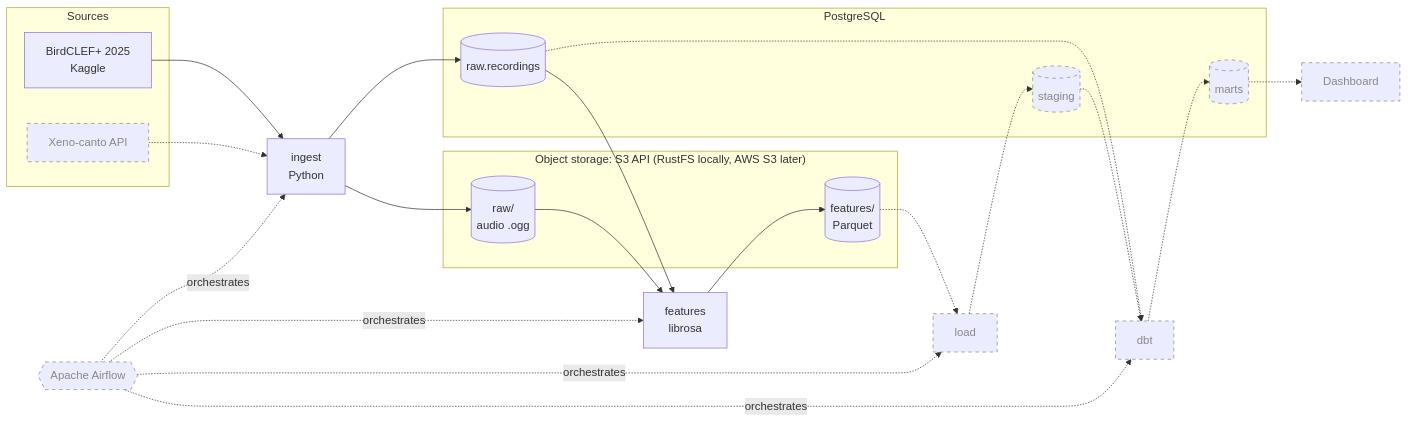
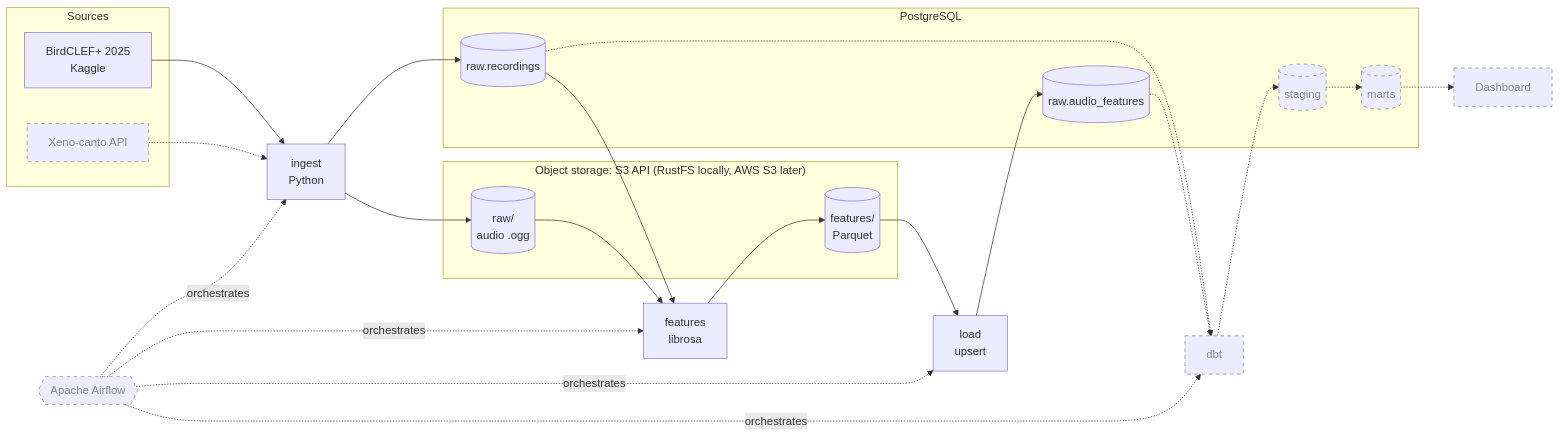
The diagram in README.md (Dres3223/soundscape-data-pipeline), drawn with Mermaid before and after one commit. The commit also changed other lines of this file and 4 other files, not shown here.

First line of the commit message:
feat(load): upsert audio features from Parquet into Postgres

````diff
--- a/README.md
+++ b/README.md
@@ -9,38 +9,39 @@
 ```mermaid
 flowchart LR
     subgraph sources["Sources"]
         kaggle["BirdCLEF+ 2025<br/>Kaggle"]
         xenocanto["Xeno-canto API"]:::planned
     end
 
     subgraph s3["Object storage: S3 API (RustFS locally, AWS S3 later)"]
         raw[("raw/<br/>audio .ogg")]
         parquet[("features/<br/>Parquet")]
     end
 
     subgraph pg["PostgreSQL"]
         recordings[("raw.recordings")]
+        audiofeatures[("raw.audio_features")]
         staging[("staging")]:::planned
         marts[("marts")]:::planned
     end
 
     ingest["ingest<br/>Python"]
     features["features<br/>librosa"]
-    load["load"]:::planned
+    load["load<br/>upsert"]
     dbt["dbt"]:::planned
     dashboard["Dashboard"]:::planned
     airflow{{"Apache Airflow"}}:::planned
 
     kaggle --> ingest
     xenocanto -.-> ingest
     ingest --> raw
     ingest --> recordings
     raw --> features --> parquet
     recordings --> features
-    parquet -.-> load -.-> staging
-    recordings -.-> dbt
-    staging -.-> dbt -.-> marts -.-> dashboard
+    parquet --> load --> audiofeatures
+    recordings & audiofeatures -.-> dbt
+    dbt -.-> staging -.-> marts -.-> dashboard
     airflow -. orchestrates .-> ingest & features & load & dbt
 
     classDef planned stroke-dasharray: 5 5, color:#888, stroke:#888
 ```
````
